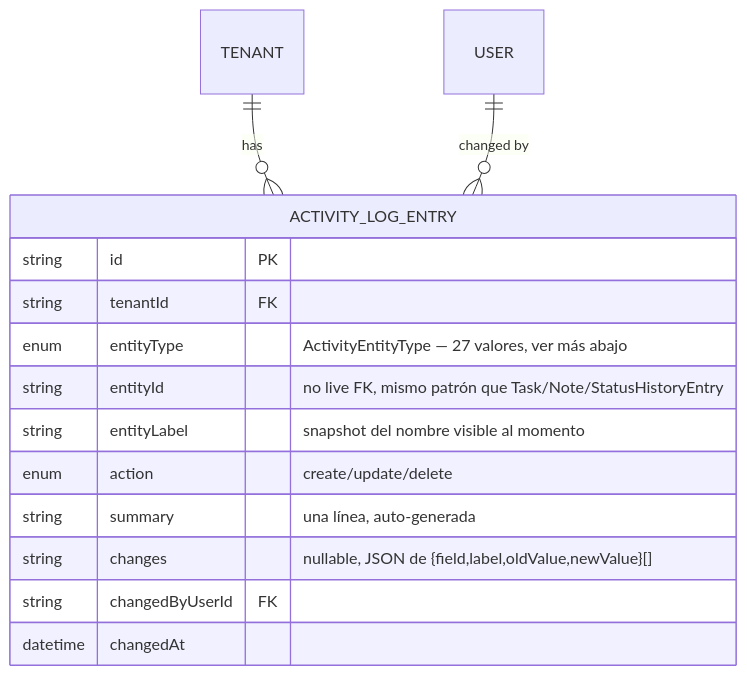
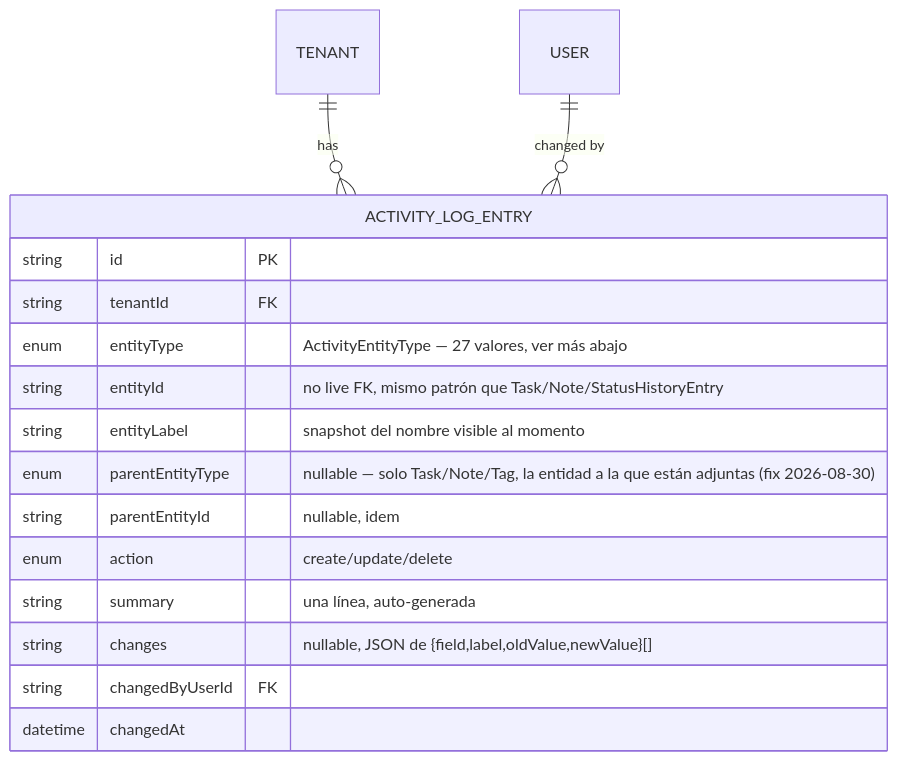
One commit to ABravo2025/northstack changed diagram 13 of 13 in docs/general/database-schema.md. Above: the diagram before and after it, drawn with Mermaid. The commit also changed other lines of this file and 9 other files, not shown here.

First line of the commit message:
Activity Log fix: Task/Note/Tag now show up in their parent's own Activity tab

````diff
--- a/docs/general/database-schema.md
+++ b/docs/general/database-schema.md
@@ -1064,18 +1064,20 @@
 ```mermaid
 erDiagram
     TENANT ||--o{ ACTIVITY_LOG_ENTRY : "has"
     USER ||--o{ ACTIVITY_LOG_ENTRY : "changed by"
 
     ACTIVITY_LOG_ENTRY {
         string id PK
         string tenantId FK
         enum entityType "ActivityEntityType — 27 valores, ver más abajo"
         string entityId "no live FK, mismo patrón que Task/Note/StatusHistoryEntry"
         string entityLabel "snapshot del nombre visible al momento"
+        enum parentEntityType "nullable — solo Task/Note/Tag, la entidad a la que están adjuntas (fix 2026-08-30)"
+        string parentEntityId "nullable, idem"
         enum action "create/update/delete"
         string summary "una línea, auto-generada"
         string changes "nullable, JSON de {field,label,oldValue,newValue}[]"
         string changedByUserId FK
         datetime changedAt
     }
 ```
````
